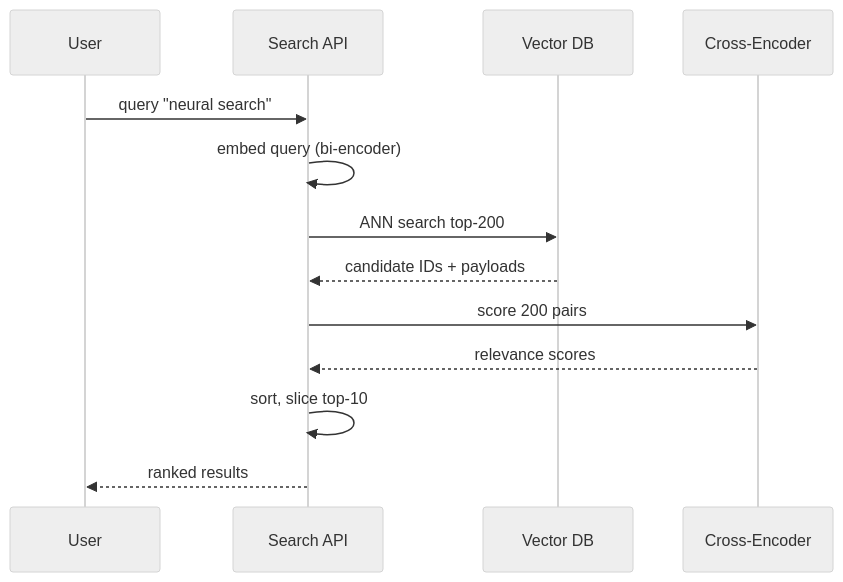
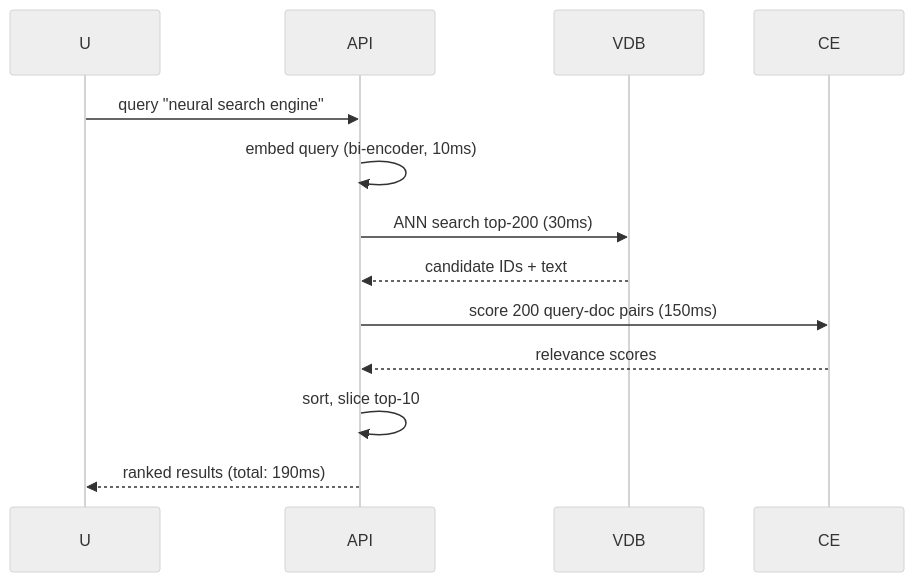
Before and after one commit to Leito2/Learning: the second of 3 diagrams in SW-ML-AI Engineering/10 - Cloud, Infra y Backend/33 - Vector Databases and Semantic Search/10 - Advanced Patterns and Observability.md, drawn with Mermaid (neutral theme). The commit also changed other lines of this file and 123 other files, not shown here.

````diff
--- a/SW-ML-AI Engineering/10 - Cloud, Infra y Backend/33 - Vector Databases and Semantic Search/10 - Advanced Patterns and Observability.md
+++ b/SW-ML-AI Engineering/10 - Cloud, Infra y Backend/33 - Vector Databases and Semantic Search/10 - Advanced Patterns and Observability.md
@@ -245,15 +161,11 @@
 ```mermaid
 sequenceDiagram
-    participant U as User
-    participant API as Search API
-    participant VDB as Vector DB
-    participant CE as Cross-Encoder
-    U->>API: query "neural search"
-    API->>API: embed query (bi-encoder)
-    API->>VDB: ANN search top-200
-    VDB-->>API: candidate IDs + payloads
-    API->>CE: score 200 pairs
+    U->>API: query "neural search engine"
+    API->>API: embed query (bi-encoder, 10ms)
+    API->>VDB: ANN search top-200 (30ms)
+    VDB-->>API: candidate IDs + text
+    API->>CE: score 200 query-doc pairs (150ms)
     CE-->>API: relevance scores
     API->>API: sort, slice top-10
-    API-->>U: ranked results
+    API-->>U: ranked results (total: 190ms)
 ```
````
